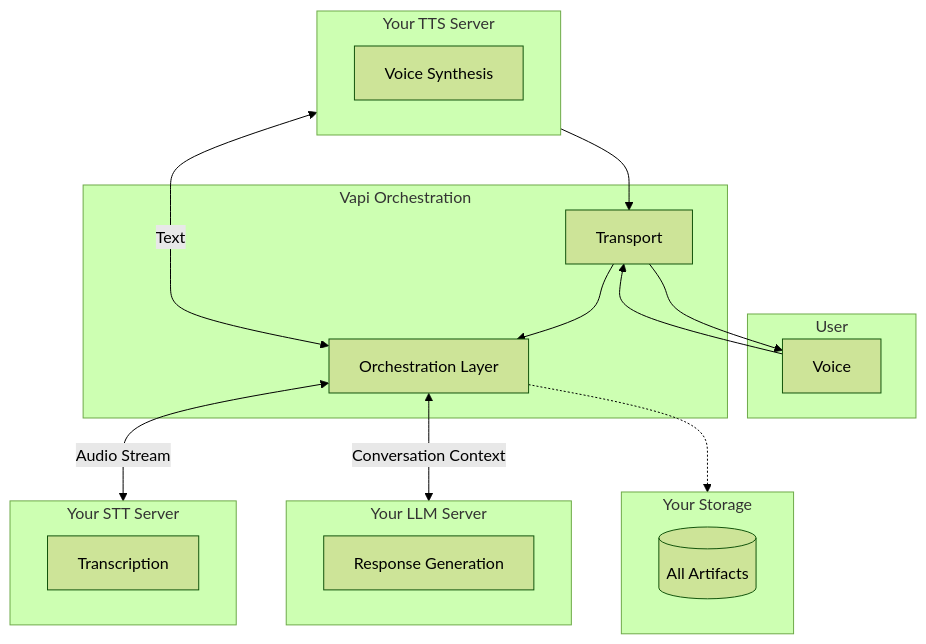
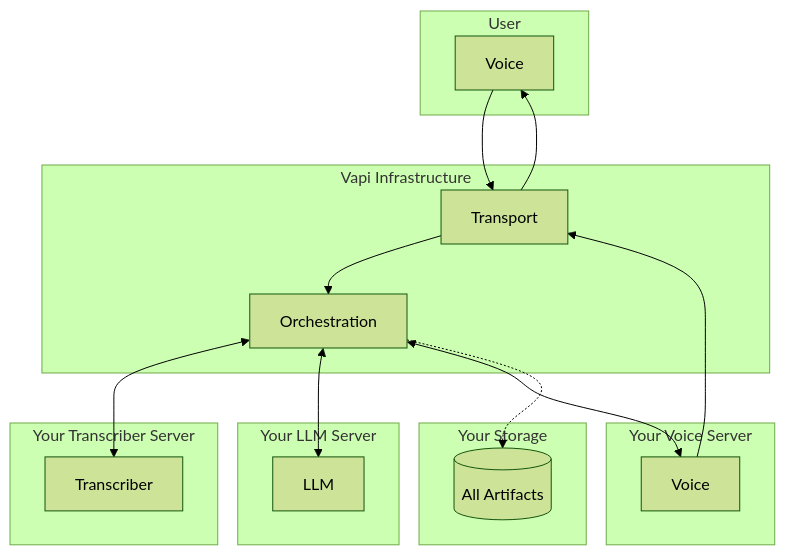
Before and after one commit to VapiAI/docs: the fourth of 4 diagrams in fern/security-and-privacy/data-flow.mdx, drawn with Mermaid (forest theme). The commit also changed other lines of this file, not shown here.

First line of the commit message:
docs: apply feedback to data flow documentation

````diff
--- a/fern/security-and-privacy/data-flow.mdx
+++ b/fern/security-and-privacy/data-flow.mdx
@@ -265,34 +262,35 @@
 ```mermaid
 flowchart TB
     subgraph User["User"]
         A[Voice]
     end
     
-    subgraph Vapi["Vapi Orchestration"]
+    subgraph Vapi["Vapi Infrastructure"]
         T[Transport]
-        C[Orchestration Layer]
+        O[Orchestration]
     end
     
-    subgraph CustomSTT["Your STT Server"]
-        B[Transcription]
+    subgraph YourSTT["Your Transcriber Server"]
+        STT[Transcriber]
     end
     
-    subgraph CustomLLM["Your LLM Server"]
-        D[Response Generation]
+    subgraph YourLLM["Your LLM Server"]
+        LLM[LLM]
     end
     
-    subgraph CustomTTS["Your TTS Server"]
-        E[Voice Synthesis]
+    subgraph YourTTS["Your Voice Server"]
+        TTS[Voice]
     end
     
-    subgraph CustomerStorage["Your Storage"]
-        F[(All Artifacts)]
+    subgraph YourStorage["Your Storage"]
+        S[(All Artifacts)]
     end
     
-    A --> T --> C
-    C <-->|Audio Stream| CustomSTT
-    C <-->|Conversation Context| CustomLLM
-    C <-->|Text| CustomTTS
-    CustomTTS --> T --> A
-    C -.-> CustomerStorage
+    A --> T
+    T --> O
+    O <--> STT
+    O <--> LLM
+    O <--> TTS
+    TTS --> T --> A
+    O -.-> S
 ```
````
